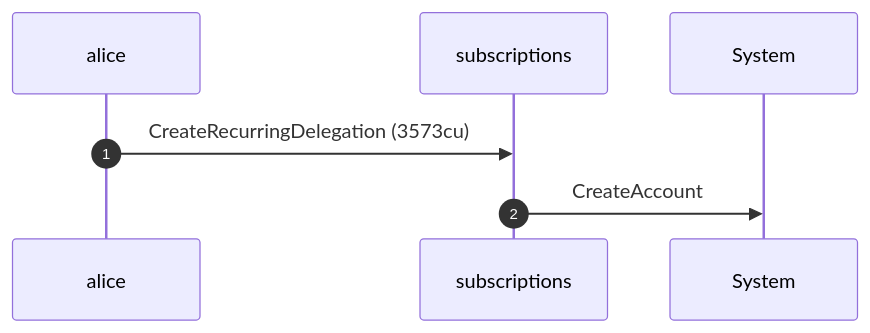
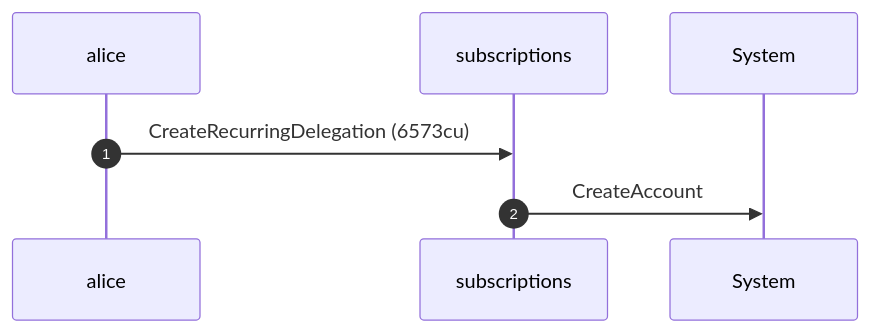
The fifth of 8 diagrams in dsl_tests/create-a-recurring-delegation.md (cds-rs/subscriptions), drawn with Mermaid before and after one commit. The commit also changed other lines of this file and 224 other files, not shown here.

````diff
--- a/dsl_tests/create-a-recurring-delegation.md
+++ b/dsl_tests/create-a-recurring-delegation.md
@@ -106,9 +112,9 @@
 ```mermaid
 sequenceDiagram
     autonumber
     participant alice
     participant subscriptions
     participant System
-    alice ->> subscriptions: CreateRecurringDelegation (3573cu)
+    alice ->> subscriptions: CreateRecurringDelegation (6573cu)
     subscriptions ->> System: CreateAccount
 ```
````
